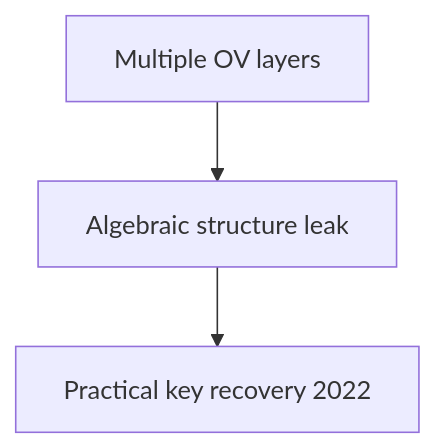
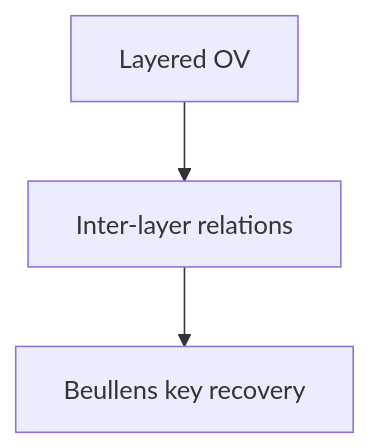
The second of 2 diagrams in manuscript/chapters/08-multivariate.md (kalyogyogi-ui/Ai-check-), drawn with Mermaid before and after one commit. The commit also changed other lines of this file and 31 other files, not shown here.

First line of the commit message:
Fix figure placement: in-section after intro text, repair corrupted headings

````diff
--- a/manuscript/chapters/08-multivariate.md
+++ b/manuscript/chapters/08-multivariate.md
@@ -79,5 +233,5 @@
 ```mermaid
 flowchart TD
-  Layers[Multiple OV layers] --> Leak[Algebraic structure leak]
-  Leak --> Break[Practical key recovery 2022]
+  LAY[Layered OV] --> REL[Inter-layer relations]
+  REL --> ATK[Beullens key recovery]
 ```
````
